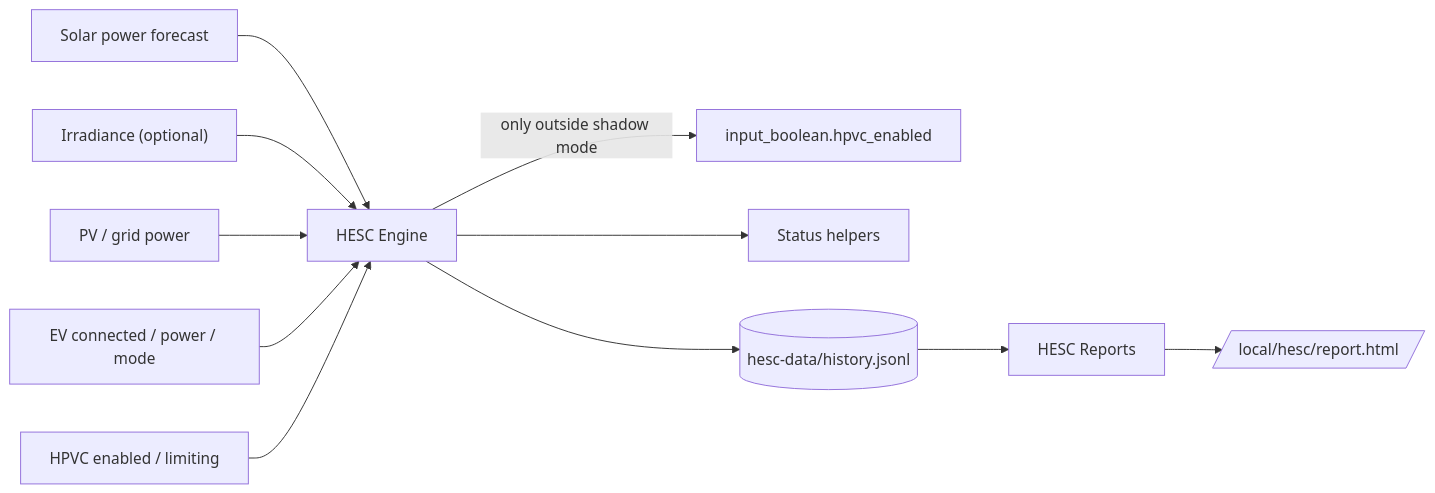
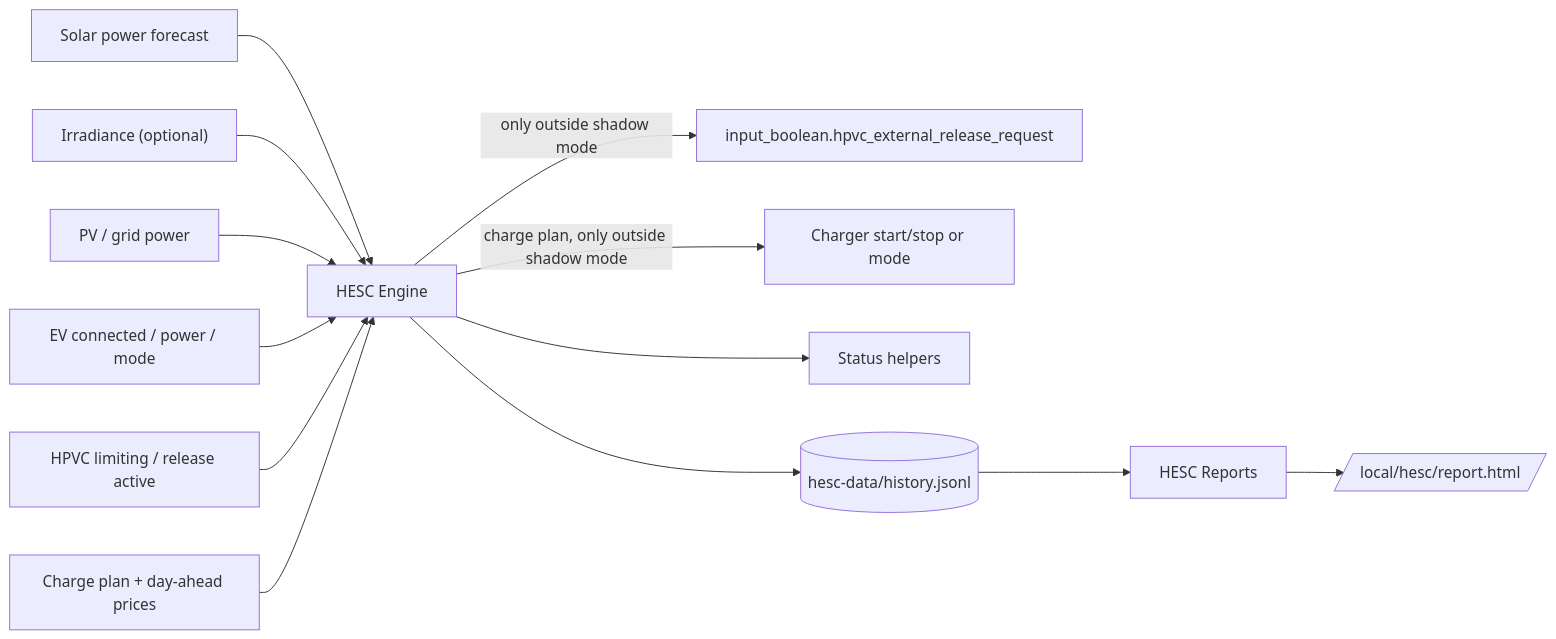
Before and after one commit to satscan1/home-ev-solar-control: the diagram in README.md, drawn with Mermaid. The commit also changed other lines of this file and 14 other files, not shown here.

First line of the commit message:
v0.6.0 docs: HPVC 1.5.1 release request, charge plan, screenshots

````diff
--- a/README.md
+++ b/README.md
@@ -175,12 +211,14 @@
 ```mermaid
 flowchart LR
   F[Solar power forecast] --> E
   I["Irradiance (optional)"] --> E
   P[PV / grid power] --> E
   V[EV connected / power / mode] --> E
-  H[HPVC enabled / limiting] --> E
-  E[HESC Engine] -->|only outside shadow mode| S[input_boolean.hpvc_enabled]
+  H[HPVC limiting / release active] --> E
+  CP[Charge plan + day-ahead prices] --> E
+  E[HESC Engine] -->|only outside shadow mode| S[input_boolean.hpvc_external_release_request]
+  E -->|charge plan, only outside shadow mode| C[Charger start/stop or mode]
   E --> ST[Status helpers]
   E --> J[(hesc-data/history.jsonl)]
   J --> R[HESC Reports] --> W[/local/hesc/report.html/]
 ```
````
